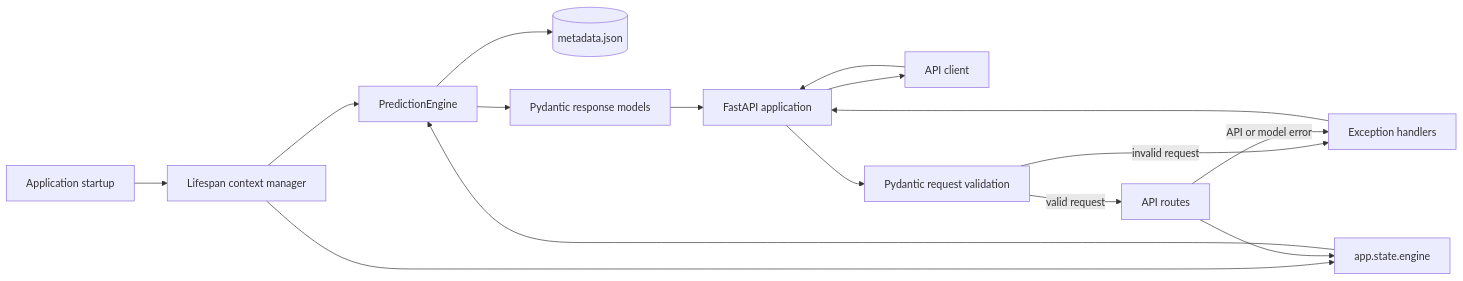
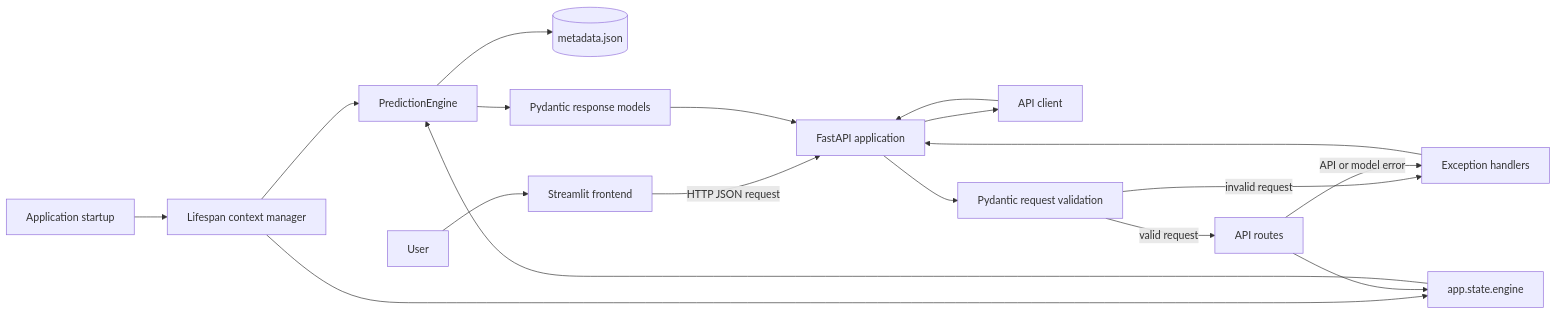
The diagram in README.md (Soham-Chatterjee/production-prediction-service), drawn with Mermaid before and after one commit. The commit also changed other lines of this file and 6 other files, not shown here.

First line of the commit message:
feat: add Streamlit churn prediction frontend

````diff
--- a/README.md
+++ b/README.md
@@ -7,30 +7,34 @@
 ```mermaid
 flowchart LR
 		Startup[Application startup]
 		Lifespan[Lifespan context manager]
 		Engine[PredictionEngine]
 		Metadata[(metadata.json)]
 		AppState[app.state.engine]
 		Client[API client]
 		App[FastAPI application]
 		Validation[Pydantic request validation]
 		Routes[API routes]
 		Response[Pydantic response models]
 		Error[Exception handlers]
+		Frontend[Streamlit frontend]
+		User[User]
 
 		Startup --> Lifespan
 		Lifespan --> Engine
 		Engine --> Metadata
 		Lifespan --> AppState
+		User --> Frontend
+		Frontend -->|HTTP JSON request| App
 		Client --> App
 		App --> Validation
 		Validation -->|valid request| Routes
 		Validation -->|invalid request| Error
 		Routes --> AppState
 		AppState --> Engine
 		Engine --> Response
 		Response --> App
 		Routes -->|API or model error| Error
 		Error --> App
 		App --> Client
 ```
````
